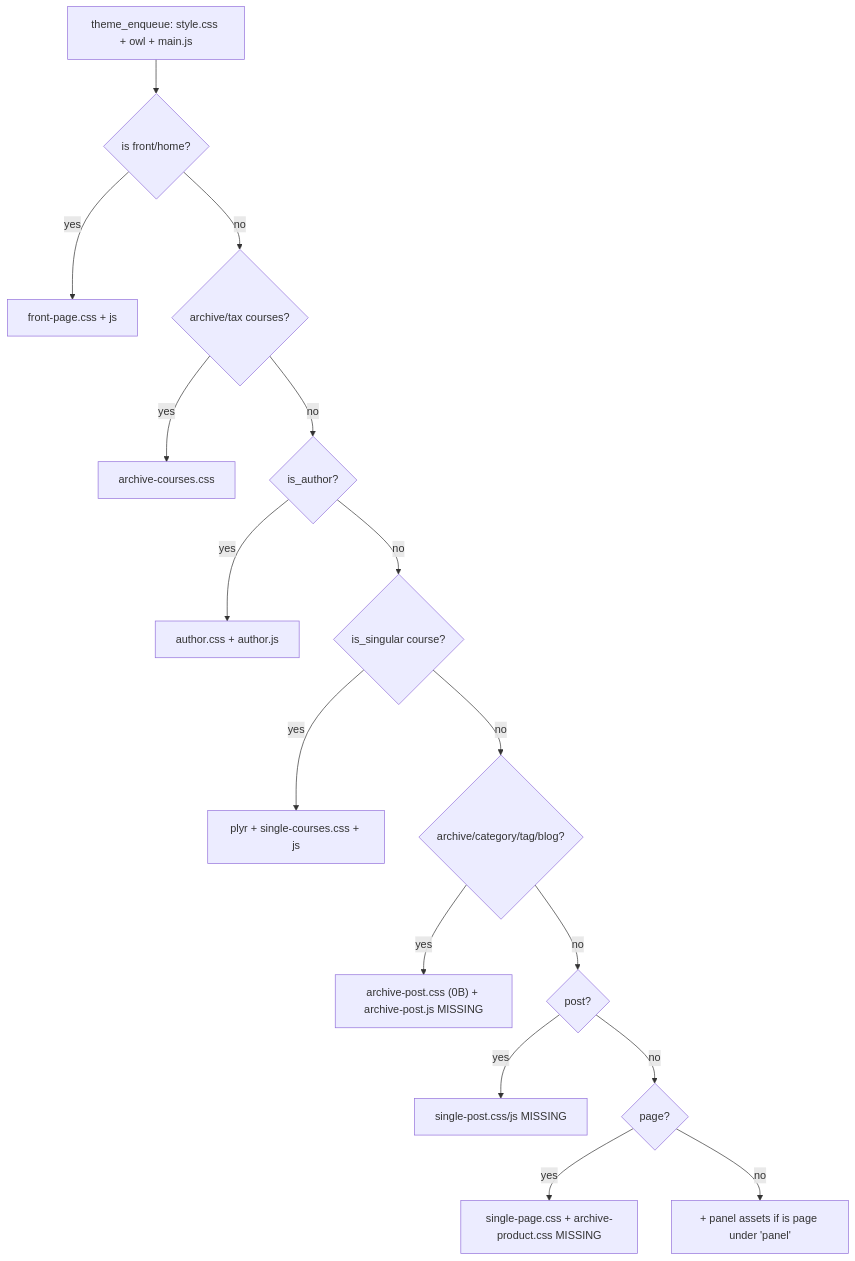
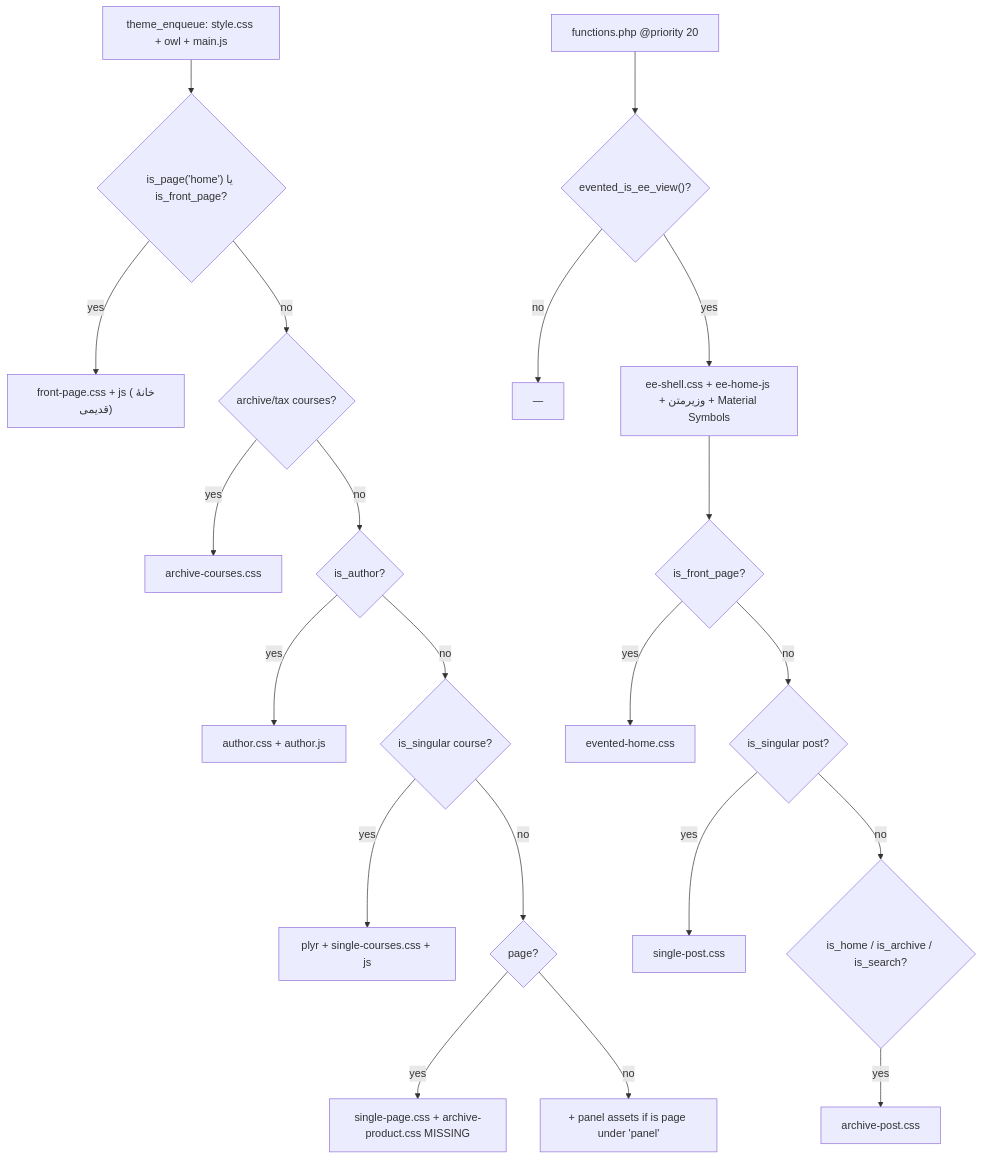
Before and after one commit to ahmad75naraghi/learndash-theme: the seventh of 7 diagrams in ARCHITECTURE.md, drawn with Mermaid. The commit also changed other lines of this file and 23 other files, not shown here.

First line of the commit message:
feat(blog): قالب تک‌نوشته و آرشیو نوشته‌ها با پوستهٔ مشترک evented-edu

````diff
--- a/ARCHITECTURE.md
+++ b/ARCHITECTURE.md
@@ -243,18 +273,24 @@
 ```mermaid
 flowchart TD
-    START["theme_enqueue: style.css + owl + main.js"] --> C1{"is front/home?"}
-    C1 -- yes --> FP["front-page.css + js"]
+    START["theme_enqueue: style.css + owl + main.js"] --> C1{"is_page('home') یا is_front_page?"}
+    C1 -- yes --> FP["front-page.css + js (خانهٔ قدیمی)"]
     C1 -- no --> C2{"archive/tax courses?"}
     C2 -- yes --> AC["archive-courses.css"]
     C2 -- no --> C3{"is_author?"}
     C3 -- yes --> AU["author.css + author.js"]
     C3 -- no --> C4{"is_singular course?"}
     C4 -- yes --> CS["plyr + single-courses.css + js"]
-    C4 -- no --> C5{"archive/category/tag/blog?"}
-    C5 -- yes --> AP["archive-post.css (0B) + archive-post.js MISSING"]
-    C5 -- no --> C6{"post?"}
-    C6 -- yes --> SP["single-post.css/js MISSING"]
-    C6 -- no --> C7{"page?"}
+    C4 -- no --> C7{"page?"}
     C7 -- yes --> SGP["single-page.css + archive-product.css MISSING"]
     C7 -- no --> END["+ panel assets if is page under 'panel'"]
+
+    START2["functions.php @priority 20"] --> EE{"evented_is_ee_view()?"}
+    EE -- no --> SKIP["—"]
+    EE -- yes --> SHELL["ee-shell.css + ee-home-js + وزیرمتن + Material Symbols"]
+    SHELL --> B1{"is_front_page?"}
+    B1 -- yes --> EEH["evented-home.css"]
+    B1 -- no --> B2{"is_singular post?"}
+    B2 -- yes --> SPC["single-post.css"]
+    B2 -- no --> B3{"is_home / is_archive / is_search?"}
+    B3 -- yes --> APC["archive-post.css"]
 ```
````
